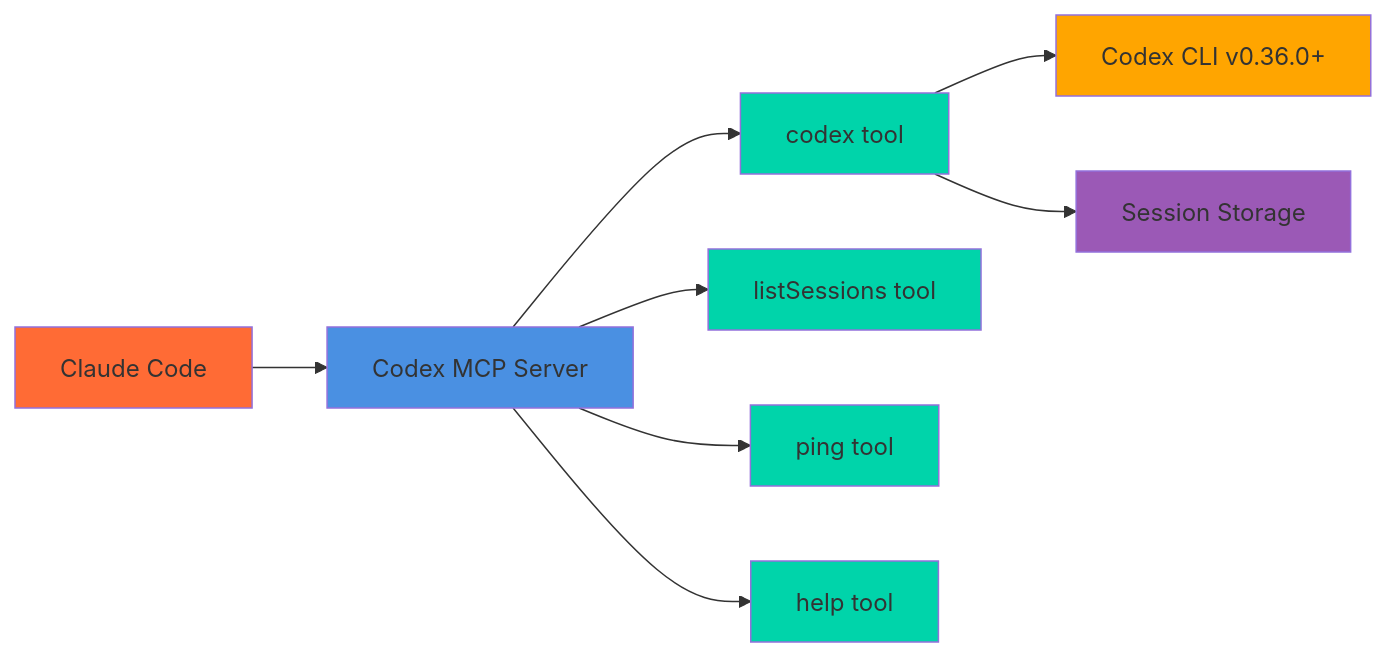
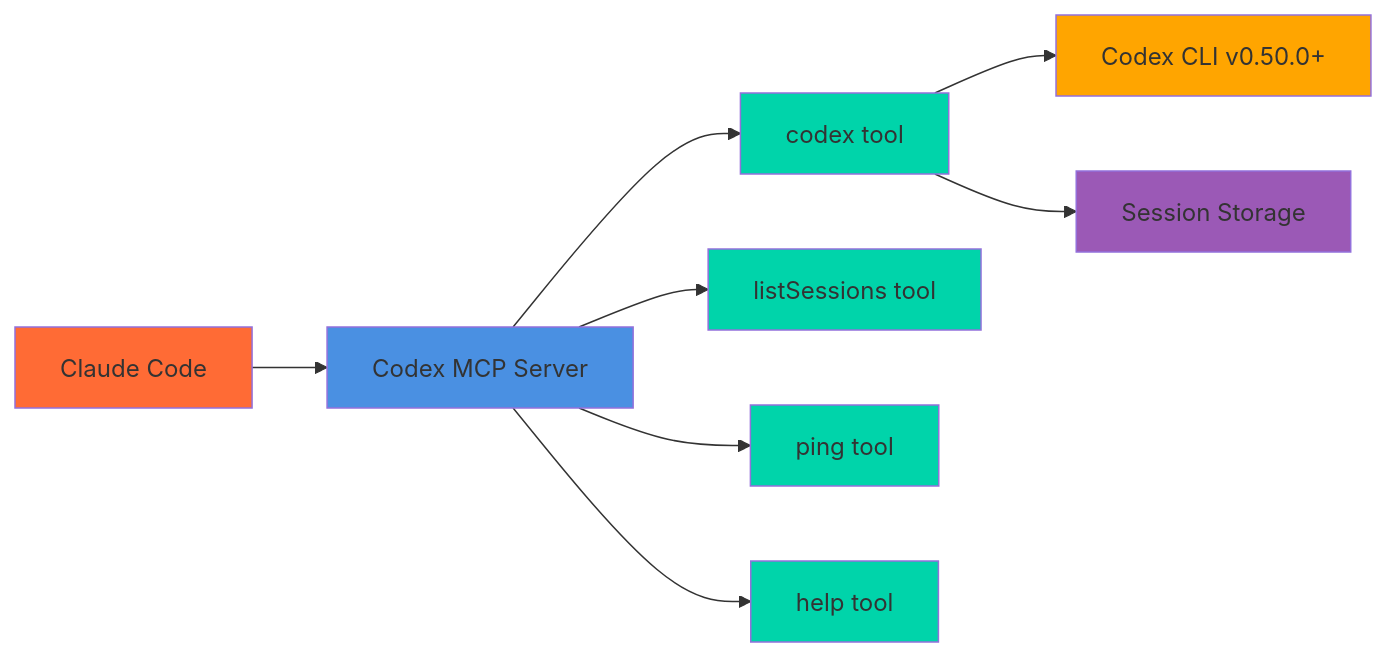
The diagram in README.md (tuannvm/codex-mcp-server), drawn with Mermaid before and after one commit. The commit also changed other lines of this file, not shown here.

Commit message:
Fix final v0.36.0+ references in README.md
- Update Mermaid diagram (line 14) to v0.50.0+
- Update documentation link description (line 221) to v0.50.0+

All version references now consistently show v0.50.0+

Addresses CodeRabbit feedback

````diff
--- a/README.md
+++ b/README.md
@@ -5,21 +5,21 @@
 ```mermaid
 graph LR
     A[Claude Code] --> B[Codex MCP Server]
 
     B --> C[codex tool]
     B --> D[listSessions tool]
     B --> E[ping tool]
     B --> F[help tool]
 
-    C --> G[Codex CLI v0.36.0+]
+    C --> G[Codex CLI v0.50.0+]
     C --> H[Session Storage]
 
     style A fill:#FF6B35
     style B fill:#4A90E2
     style C fill:#00D4AA
     style D fill:#00D4AA
     style E fill:#00D4AA
     style F fill:#00D4AA
     style G fill:#FFA500
     style H fill:#9B59B6
 ```
````
